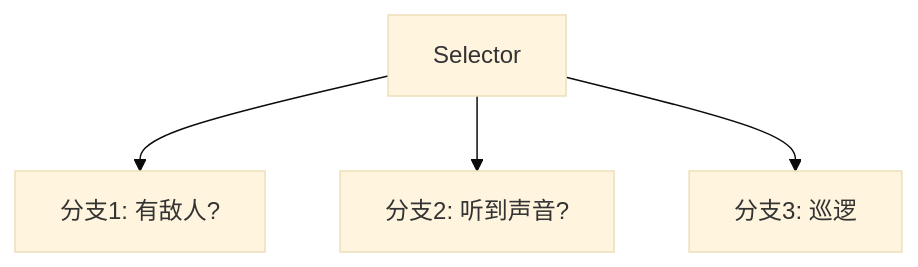
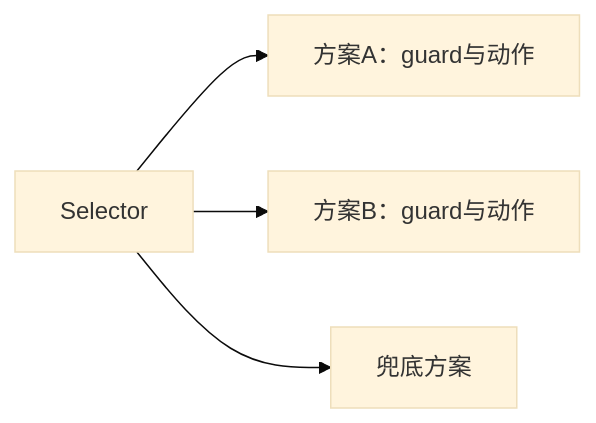
The second of 7 diagrams in 知识/06-游戏AI/感知决策与行为规划/03-行为树通用原理.md (fantuan812/learning), drawn with Mermaid (base theme) before and after one commit. The commit also changed other lines of this file and 8 other files, not shown here.

````diff
--- a/知识/06-游戏AI/感知决策与行为规划/03-行为树通用原理.md
+++ b/知识/06-游戏AI/感知决策与行为规划/03-行为树通用原理.md
@@ -96,6 +85,6 @@
 ```mermaid
-flowchart TD
-    S[Selector] --> C1[分支1: 有敌人?]
-    S --> C2[分支2: 听到声音?]
-    S --> C3[分支3: 巡逻]
+flowchart LR
+    S[Selector] --> A[方案A：guard与动作]
+    S --> B[方案B：guard与动作]
+    S --> C[兜底方案]
 ```
````
